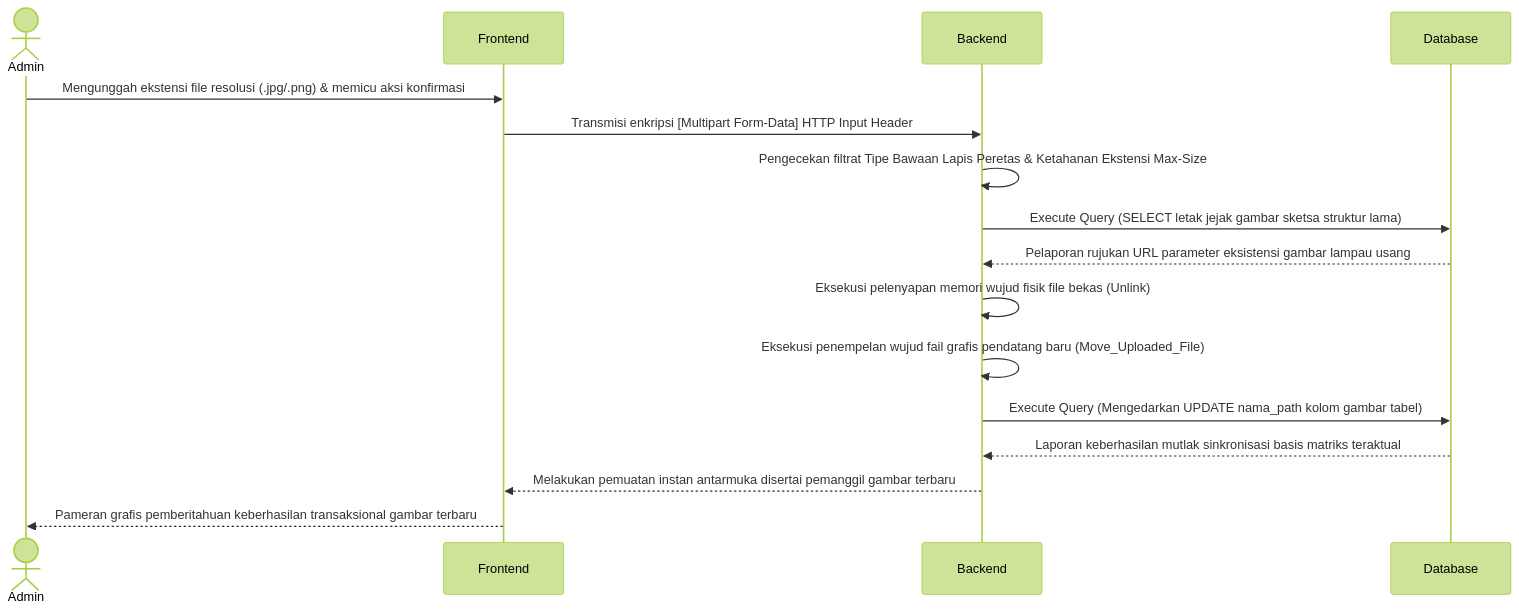
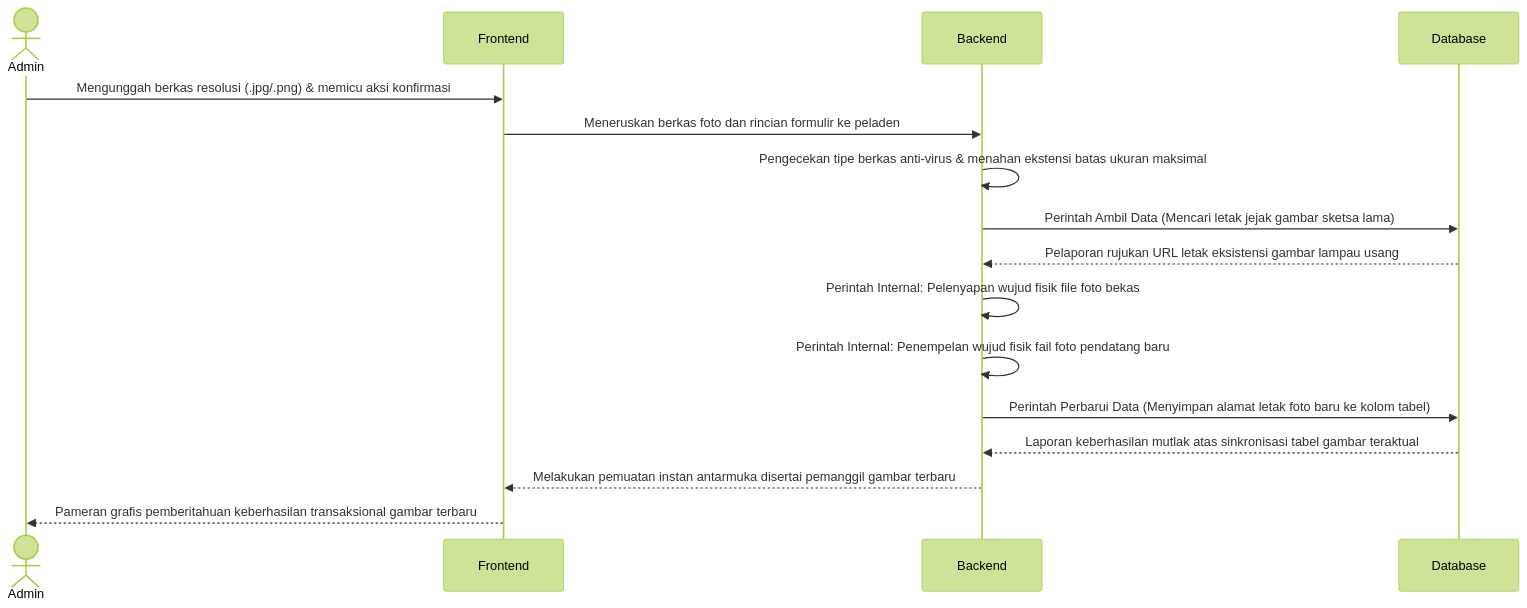
One commit to arbain-dev/Web_fikom changed the second of 4 diagrams in docs/02_DIAGRAM_URUTAN_SEQUENCE.md. Above: the diagram before and after it, drawn with Mermaid (forest theme). The commit also changed other lines of this file, not shown here.

Commit message:
docs: menyederhanakan bahasa teknis tingkat tinggi (HTTP POST/Execute Query) pada Diagram Sequence

````diff
--- a/docs/02_DIAGRAM_URUTAN_SEQUENCE.md
+++ b/docs/02_DIAGRAM_URUTAN_SEQUENCE.md
@@ -29,19 +29,19 @@
 ```mermaid
 sequenceDiagram
     actor Admin
     participant Frontend as Frontend
     participant Backend as Backend
     participant Database as Database
     
-    Admin->>Frontend: Mengunggah ekstensi file resolusi (.jpg/.png) & memicu aksi konfirmasi
-    Frontend->>Backend: Transmisi enkripsi [Multipart Form-Data] HTTP Input Header
-    Backend->>Backend: Pengecekan filtrat Tipe Bawaan Lapis Peretas & Ketahanan Ekstensi Max-Size
-    Backend->>Database: Execute Query (SELECT letak jejak gambar sketsa struktur lama)
-    Database-->>Backend: Pelaporan rujukan URL parameter eksistensi gambar lampau usang
-    Backend->>Backend: Eksekusi pelenyapan memori wujud fisik file bekas (Unlink)
-    Backend->>Backend: Eksekusi penempelan wujud fail grafis pendatang baru (Move_Uploaded_File)
-    Backend->>Database: Execute Query (Mengedarkan UPDATE nama_path kolom gambar tabel)
-    Database-->>Backend: Laporan keberhasilan mutlak sinkronisasi basis matriks teraktual
+    Admin->>Frontend: Mengunggah berkas resolusi (.jpg/.png) & memicu aksi konfirmasi
+    Frontend->>Backend: Meneruskan berkas foto dan rincian formulir ke peladen
+    Backend->>Backend: Pengecekan tipe berkas anti-virus & menahan ekstensi batas ukuran maksimal
+    Backend->>Database: Perintah Ambil Data (Mencari letak jejak gambar sketsa lama)
+    Database-->>Backend: Pelaporan rujukan URL letak eksistensi gambar lampau usang
+    Backend->>Backend: Perintah Internal: Pelenyapan wujud fisik file foto bekas
+    Backend->>Backend: Perintah Internal: Penempelan wujud fisik fail foto pendatang baru
+    Backend->>Database: Perintah Perbarui Data (Menyimpan alamat letak foto baru ke kolom tabel)
+    Database-->>Backend: Laporan keberhasilan mutlak atas sinkronisasi tabel gambar teraktual
     Backend-->>Frontend: Melakukan pemuatan instan antarmuka disertai pemanggil gambar terbaru
     Frontend-->>Admin: Pameran grafis pemberitahuan keberhasilan transaksional gambar terbaru
 ```
````
